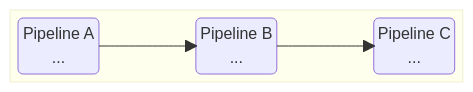
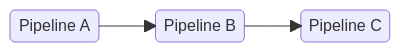
Before and after one commit to VirtualMetric/virtualmetric-docs: the tenth of 12 diagrams in docs/administration/pipelines/quick-start.mdx, drawn with Mermaid. The commit also changed other lines of this file and 3 other files, not shown here.

````diff
--- a/docs/administration/pipelines/quick-start.mdx
+++ b/docs/administration/pipelines/quick-start.mdx
@@ -98,13 +165,11 @@
   ```mermaid
   block-beta
-    columns 5
-    block
-      A("Pipeline A\n..."):1
-      space
-      B("Pipeline B\n..."):1
-      space
-      C("Pipeline C\n..."):1
-    end
+    columns 7
+    A("Pipeline A"):2
+    space
+    B("Pipeline B"):2
+    space
+    C("Pipeline C"):2
     A --> B
     B --> C
   ```
````
